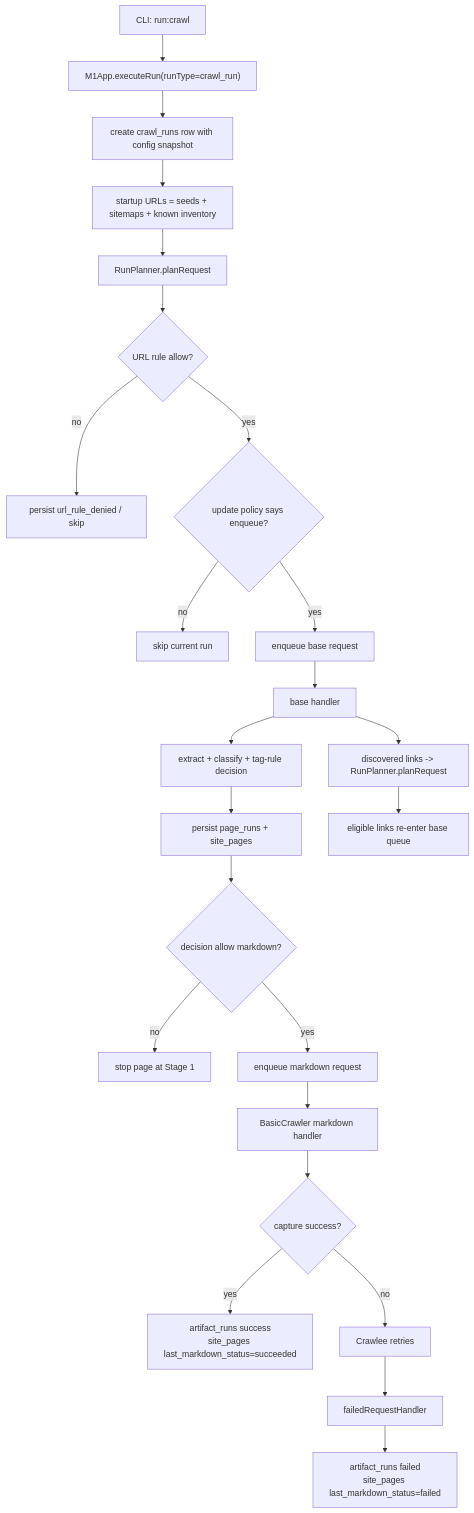
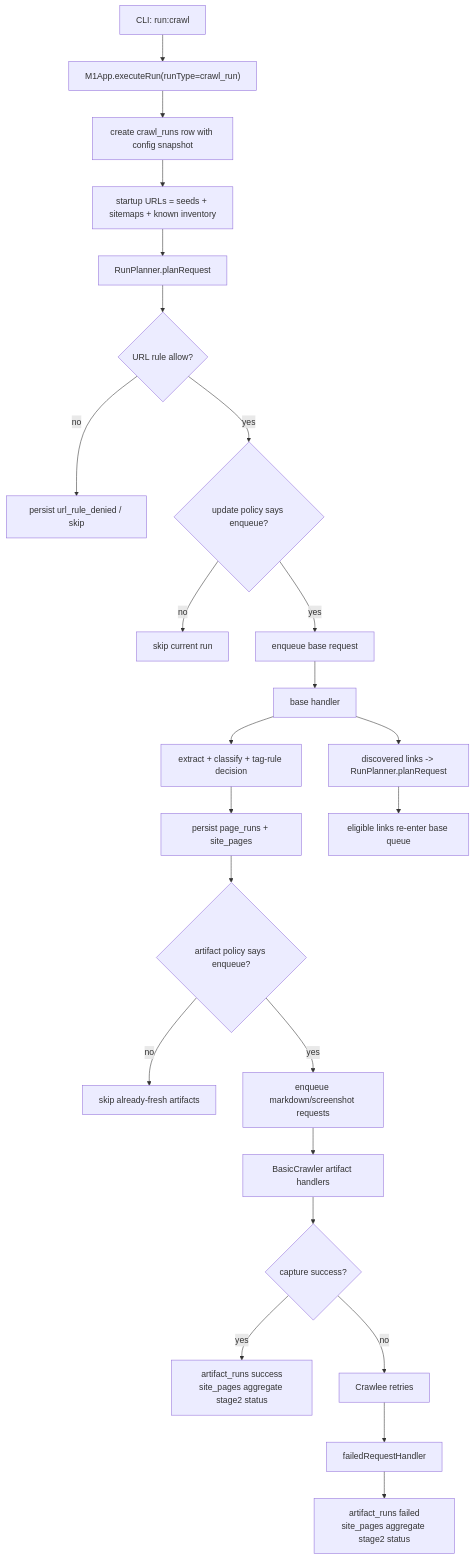
Before and after one commit to tianzhipeng-git/kvault-web-capture: the fourth of 7 diagrams in docs/m1-implements.md, drawn with Mermaid. The commit also changed other lines of this file and 20 other files, not shown here.

````diff
--- a/docs/m1-implements.md
+++ b/docs/m1-implements.md
@@ -208,26 +223,26 @@
 ```mermaid
 flowchart TD
     A["CLI: run:crawl"] --> B["M1App.executeRun(runType=crawl_run)"]
     B --> C["create crawl_runs row with config snapshot"]
     C --> D["startup URLs = seeds + sitemaps + known inventory"]
     D --> E["RunPlanner.planRequest"]
     E --> F{"URL rule allow?"}
     F -- no --> G["persist url_rule_denied / skip"]
     F -- yes --> H{"update policy says enqueue?"}
     H -- no --> I["skip current run"]
     H -- yes --> J["enqueue base request"]
     J --> K["base handler"]
     K --> L["extract + classify + tag-rule decision"]
     L --> M["persist page_runs + site_pages"]
-    M --> N{"decision allow markdown?"}
-    N -- no --> O["stop page at Stage 1"]
-    N -- yes --> P["enqueue markdown request"]
-    P --> Q["BasicCrawler markdown handler"]
+    M --> N{"artifact policy says enqueue?"}
+    N -- no --> O["skip already-fresh artifacts"]
+    N -- yes --> P["enqueue markdown/screenshot requests"]
+    P --> Q["BasicCrawler artifact handlers"]
     Q --> R{"capture success?"}
-    R -- yes --> S["artifact_runs success\nsite_pages last_markdown_status=succeeded"]
+    R -- yes --> S["artifact_runs success\nsite_pages aggregate stage2 status"]
     R -- no --> T["Crawlee retries"]
     T --> U["failedRequestHandler"]
-    U --> V["artifact_runs failed\nsite_pages last_markdown_status=failed"]
+    U --> V["artifact_runs failed\nsite_pages aggregate stage2 status"]
     K --> W["discovered links -> RunPlanner.planRequest"]
     W --> X["eligible links re-enter base queue"]
 ```
````
